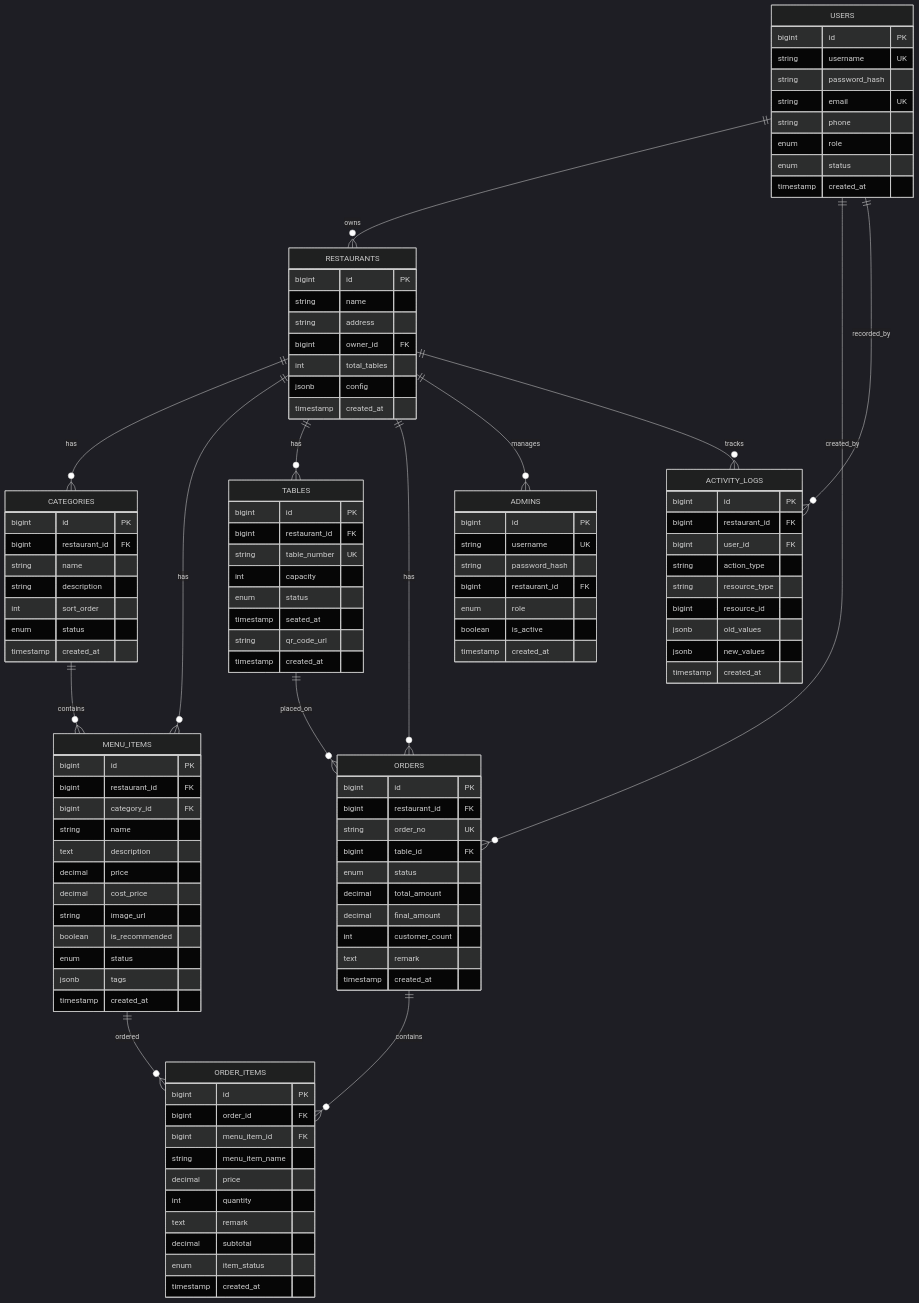
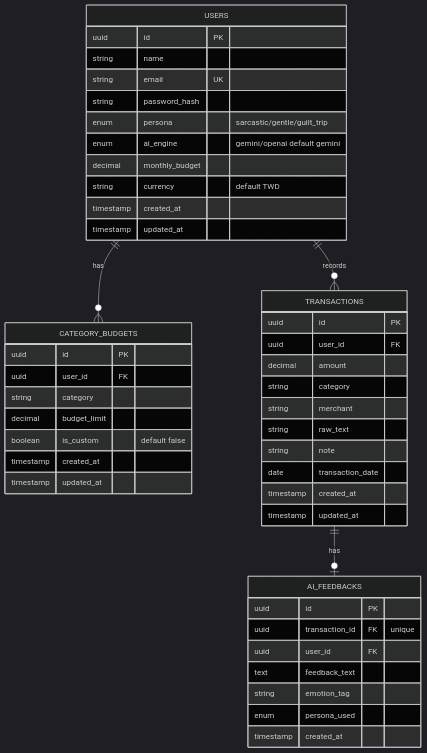
The second of 2 diagrams in .claude/skills/vibe-sdlc-p1-spec/examples/docs/01-2-SRD.md (robin-li/Vibe-SDLC), drawn with Mermaid (dark theme) before and after one commit. The commit also changed other lines of this file and 31 other files, not shown here.

````diff
--- a/.claude/skills/vibe-sdlc-p1-spec/examples/docs/01-2-SRD.md
+++ b/.claude/skills/vibe-sdlc-p1-spec/examples/docs/01-2-SRD.md
@@ -641,123 +272,52 @@
 ```mermaid
 erDiagram
-    USERS ||--o{ RESTAURANTS : owns
-    RESTAURANTS ||--o{ CATEGORIES : has
-    RESTAURANTS ||--o{ MENU_ITEMS : has
-    RESTAURANTS ||--o{ TABLES : has
-    RESTAURANTS ||--o{ ORDERS : has
-    RESTAURANTS ||--o{ ADMINS : manages
-    
-    CATEGORIES ||--o{ MENU_ITEMS : contains
-    TABLES ||--o{ ORDERS : placed_on
-    ORDERS ||--o{ ORDER_ITEMS : contains
-    MENU_ITEMS ||--o{ ORDER_ITEMS : ordered
-    
-    USERS ||--o{ ORDERS : created_by
-    USERS ||--o{ ACTIVITY_LOGS : recorded_by
-    RESTAURANTS ||--o{ ACTIVITY_LOGS : tracks
+    USERS ||--o{ CATEGORY_BUDGETS : has
+    USERS ||--o{ TRANSACTIONS : records
+    TRANSACTIONS ||--o| AI_FEEDBACKS : has
 
-    RESTAURANTS {
-        bigint id PK
+    USERS {
+        uuid id PK
         string name
-        string address
-        bigint owner_id FK
-        int total_tables
-        jsonb config
+        string email UK
+        string password_hash
+        enum persona "sarcastic/gentle/guilt_trip"
+        enum ai_engine "gemini/openai default gemini"
+        decimal monthly_budget
+        string currency "default TWD"
         timestamp created_at
+        timestamp updated_at
     }
 
-    USERS {
-        bigint id PK
-        string username UK
-        string password_hash
-        string email UK
-        string phone
-        enum role
-        enum status
+    CATEGORY_BUDGETS {
+        uuid id PK
+        uuid user_id FK
+        string category
+        decimal budget_limit
+        boolean is_custom "default false"
         timestamp created_at
+        timestamp updated_at
     }
 
-    CATEGORIES {
-        bigint id PK
-        bigint restaurant_id FK
-        string name
-        string description
-        int sort_order
-        enum status
+    TRANSACTIONS {
+        uuid id PK
+        uuid user_id FK
+        decimal amount
+        string category
+        string merchant
+        string raw_text
+        string note
+        date transaction_date
         timestamp created_at
+        timestamp updated_at
     }
 
-    MENU_ITEMS {
-        bigint id PK
-        bigint restaurant_id FK
-        bigint category_id FK
-        string name
-        text description
-        decimal price
-        decimal cost_price
-        string image_url
-        boolean is_recommended
-        enum status
-        jsonb tags
-        timestamp created_at
-    }
-
-    TABLES {
-        bigint id PK
-        bigint restaurant_id FK
-        string table_number UK
-        int capacity
-        enum status
-        timestamp seated_at
-        string qr_code_url
-        timestamp created_at
-    }
-
-    ORDERS {
-        bigint id PK
-        bigint restaurant_id FK
-        string order_no UK
-        bigint table_id FK
-        enum status
-        decimal total_amount
-        decimal final_amount
-        int customer_count
-        text remark
-        timestamp created_at
-    }
-
-    ORDER_ITEMS {
-        bigint id PK
-        bigint order_id FK
-        bigint menu_item_id FK
-        string menu_item_name
-        decimal price
-        int quantity
-        text remark
-        decimal subtotal
-        enum item_status
-        timestamp created_at
-    }
-
-    ADMINS {
-        bigint id PK
-        string username UK
-        string password_hash
-        bigint restaurant_id FK
-        enum role
-        boolean is_active
-        timestamp created_at
-    }
-
-    ACTIVITY_LOGS {
-        bigint id PK
-        bigint restaurant_id FK
-        bigint user_id FK
-        string action_type
-        string resource_type
-        bigint resource_id
-        jsonb old_values
-        jsonb new_values
+    AI_FEEDBACKS {
+        uuid id PK
+        uuid transaction_id FK "unique"
+        uuid user_id FK
+        text feedback_text
+        string emotion_tag
+        enum persona_used
         timestamp created_at
     }
 ```
````
